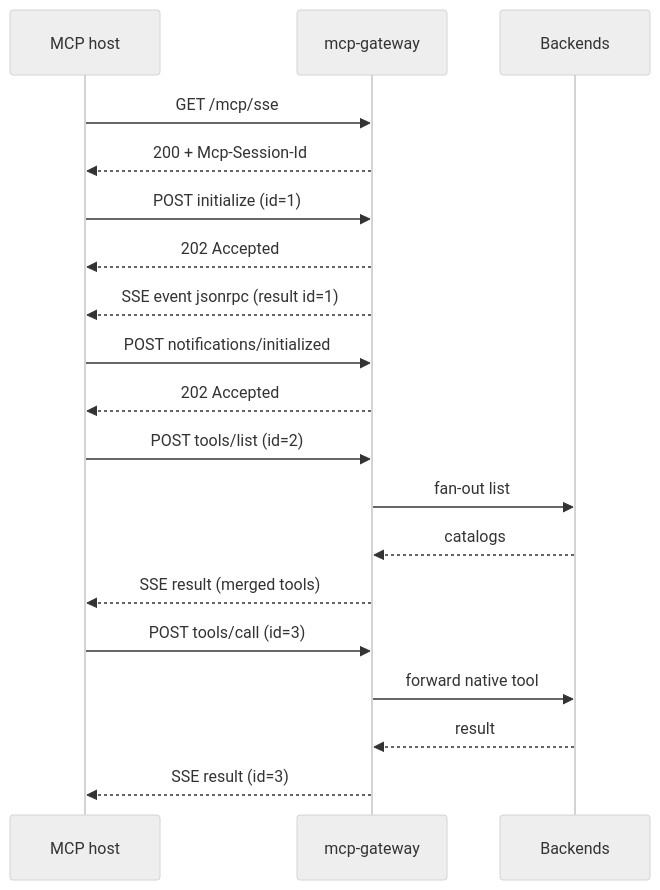
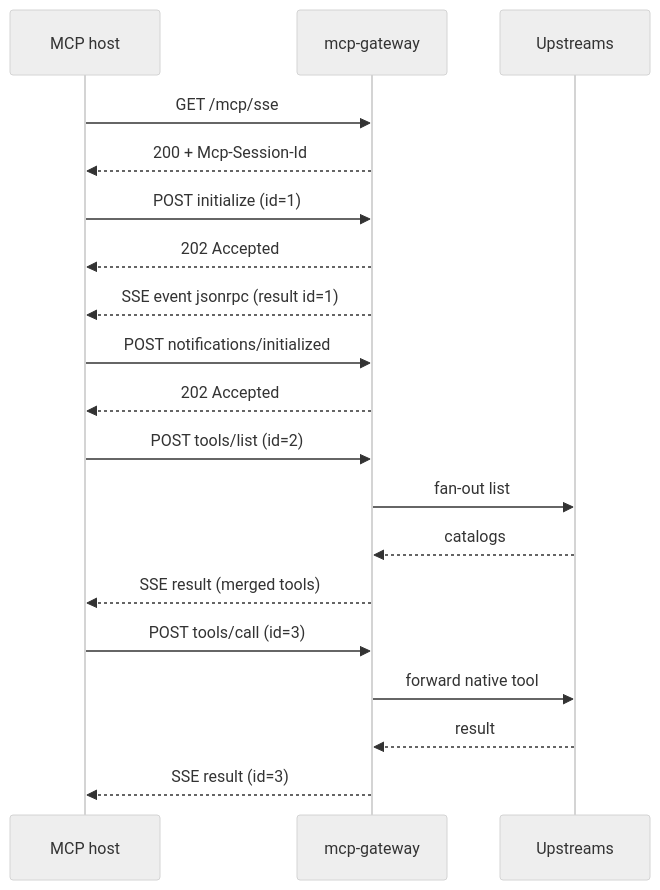
The second of 4 diagrams in docs/CONNECTING_AGENTS.md (KarmaXP/mcp-gateway), drawn with Mermaid (neutral theme) before and after one commit. The commit also changed other lines of this file and 61 other files, not shown here.

````diff
--- a/docs/CONNECTING_AGENTS.md
+++ b/docs/CONNECTING_AGENTS.md
@@ -74,26 +74,26 @@
 ```mermaid
 sequenceDiagram
  participant Host as MCP host
  participant GW as mcp-gateway
- participant BE as Backends
+ participant BE as Upstreams
 
  Host->>GW: GET /mcp/sse
  GW-->>Host: 200 + Mcp-Session-Id
 
  Host->>GW: POST initialize (id=1)
  GW-->>Host: 202 Accepted
  GW-->>Host: SSE event jsonrpc (result id=1)
 
  Host->>GW: POST notifications/initialized
  GW-->>Host: 202 Accepted
 
  Host->>GW: POST tools/list (id=2)
  GW->>BE: fan-out list
  BE-->>GW: catalogs
  GW-->>Host: SSE result (merged tools)
 
  Host->>GW: POST tools/call (id=3)
  GW->>BE: forward native tool
  BE-->>GW: result
  GW-->>Host: SSE result (id=3)
 ```
````
